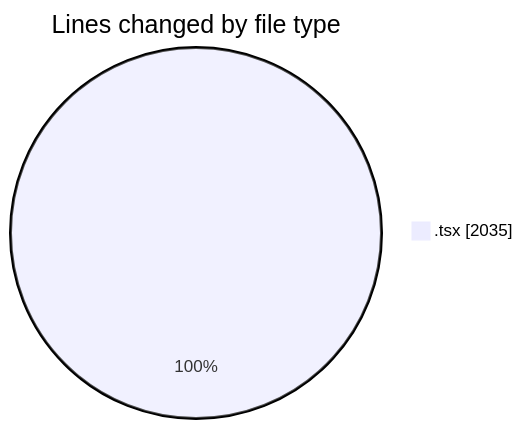
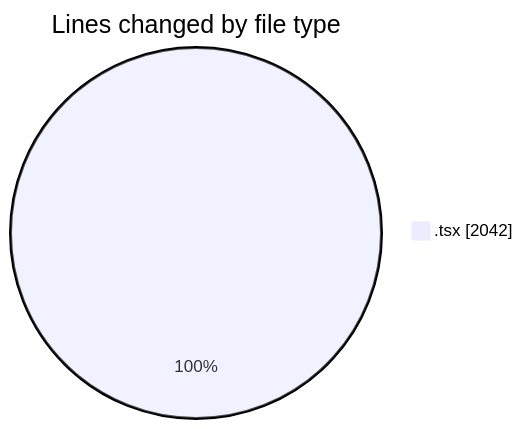
One commit to nxtqubesakshisongat/code-tracking changed the first of 2 diagrams in 2026-05-08/nxtqube_webapp/README.md. Above: the diagram before and after it, drawn with Mermaid. The commit also changed other lines of this file and 1 other file, not shown here.

````diff
--- a/2026-05-08/nxtqube_webapp/README.md
+++ b/2026-05-08/nxtqube_webapp/README.md
@@ -20,5 +20,5 @@
 ```mermaid
 pie showData
 title Lines changed by file type
-".tsx" : 2035
+".tsx" : 2042
 ```
````
